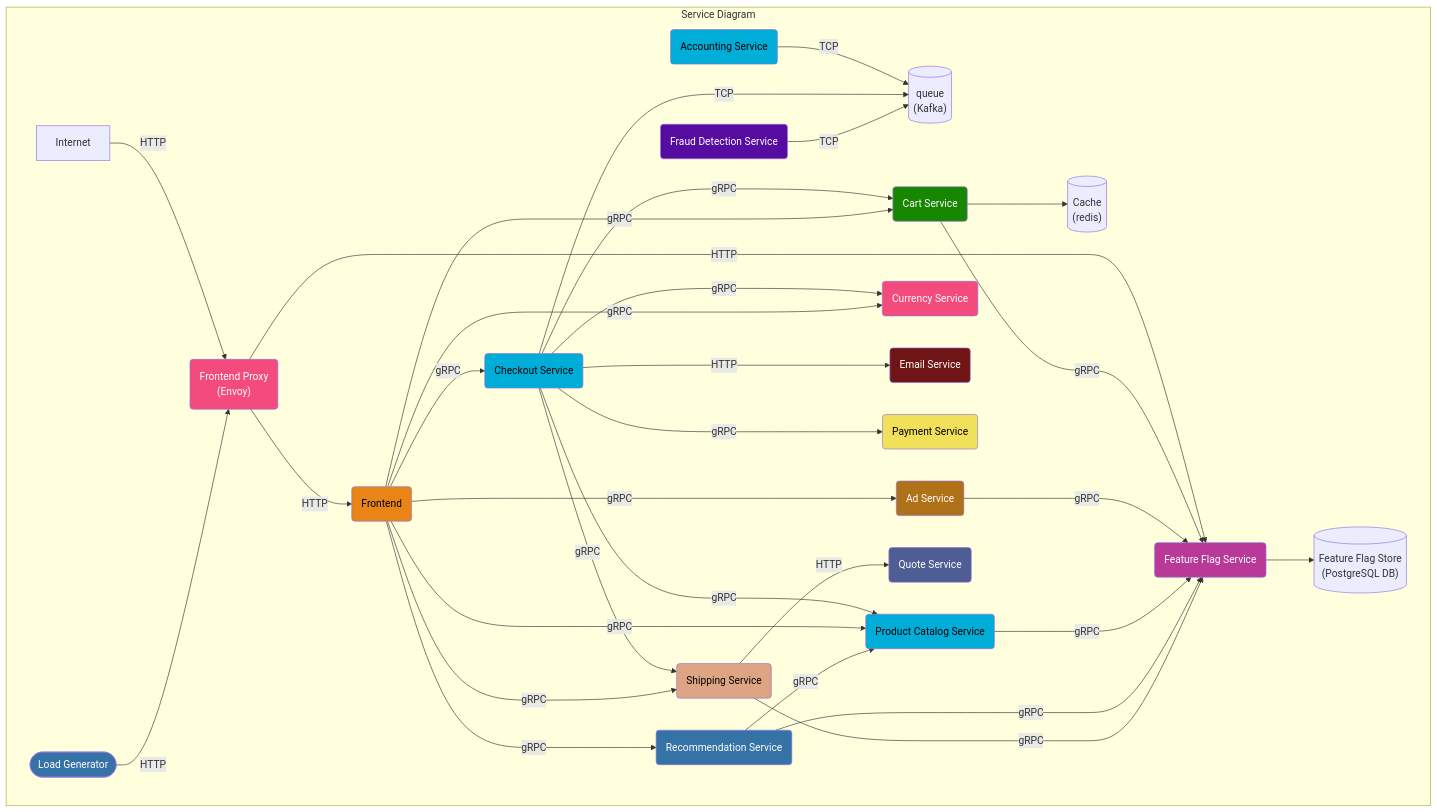
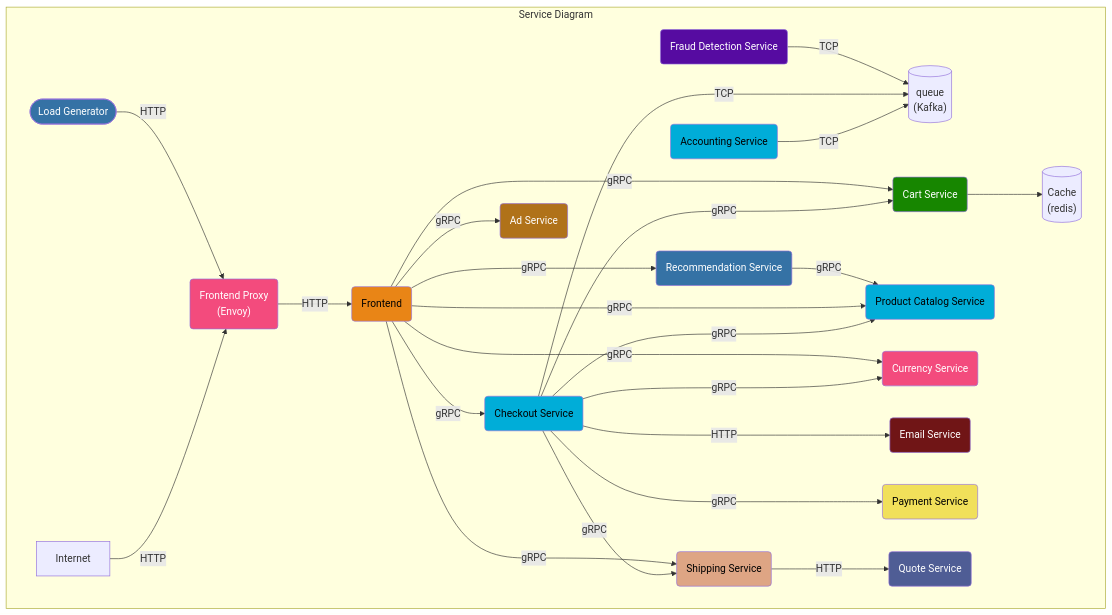
The first of 3 diagrams in content/en/docs/demo/architecture.md (open-telemetry/opentelemetry.io), drawn with Mermaid before and after one commit. The commit also changed 12 other files, not shown here.

````diff
--- a/content/en/docs/demo/architecture.md
+++ b/content/en/docs/demo/architecture.md
@@ -12,75 +12,60 @@
 ```mermaid
 graph TD
 subgraph Service Diagram
 accountingservice(Accounting Service):::golang
 adservice(Ad Service):::java
 cache[(Cache<br/>&#40redis&#41)]
 cartservice(Cart Service):::dotnet
 checkoutservice(Checkout Service):::golang
 currencyservice(Currency Service):::cpp
 emailservice(Email Service):::ruby
 frauddetectionservice(Fraud Detection Service):::kotlin
 frontend(Frontend):::typescript
 frontendproxy(Frontend Proxy <br/>&#40Envoy&#41):::cpp
 loadgenerator([Load Generator]):::python
 paymentservice(Payment Service):::javascript
 productcatalogservice(Product Catalog Service):::golang
 quoteservice(Quote Service):::php
 recommendationservice(Recommendation Service):::python
 shippingservice(Shipping Service):::rust
-featureflagservice(Feature Flag Service):::erlang
-featureflagstore[(Feature Flag Store<br/>&#40PostgreSQL DB&#41)]
 queue[(queue<br/>&#40Kafka&#41)]
 
 Internet -->|HTTP| frontendproxy
 frontendproxy -->|HTTP| frontend
-frontendproxy -->|HTTP| featureflagservice
 loadgenerator -->|HTTP| frontendproxy
 
 accountingservice -->|TCP| queue
-
-cartservice --->|gRPC| featureflagservice
 
 checkoutservice --->|gRPC| cartservice --> cache
 checkoutservice --->|gRPC| productcatalogservice
 checkoutservice --->|gRPC| currencyservice
 checkoutservice --->|HTTP| emailservice
 checkoutservice --->|gRPC| paymentservice
 checkoutservice -->|gRPC| shippingservice
 checkoutservice --->|TCP| queue
 
 frontend -->|gRPC| adservice
 frontend -->|gRPC| cartservice
 frontend -->|gRPC| productcatalogservice
 frontend -->|gRPC| checkoutservice
 frontend -->|gRPC| currencyservice
 frontend -->|gRPC| recommendationservice -->|gRPC| productcatalogservice
 frontend -->|gRPC| shippingservice -->|HTTP| quoteservice
 
 frauddetectionservice -->|TCP| queue
 
-adservice --->|gRPC| featureflagservice
-
-productcatalogservice -->|gRPC| featureflagservice
-
-recommendationservice -->|gRPC| featureflagservice
-
-shippingservice -->|gRPC| featureflagservice
-
-featureflagservice --> featureflagstore
-
 end
 
 classDef dotnet fill:#178600,color:white;
 classDef cpp fill:#f34b7d,color:white;
 classDef erlang fill:#b83998,color:white;
 classDef golang fill:#00add8,color:black;
 classDef java fill:#b07219,color:white;
 classDef javascript fill:#f1e05a,color:black;
 classDef kotlin fill:#560ba1,color:white;
 classDef php fill:#4f5d95,color:white;
 classDef python fill:#3572A5,color:white;
 classDef ruby fill:#701516,color:white;
 classDef rust fill:#dea584,color:black;
 classDef typescript fill:#e98516,color:black;
 ```
````
